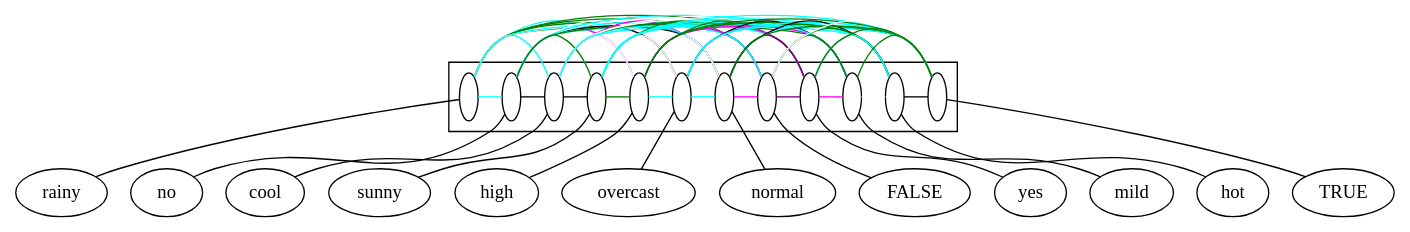
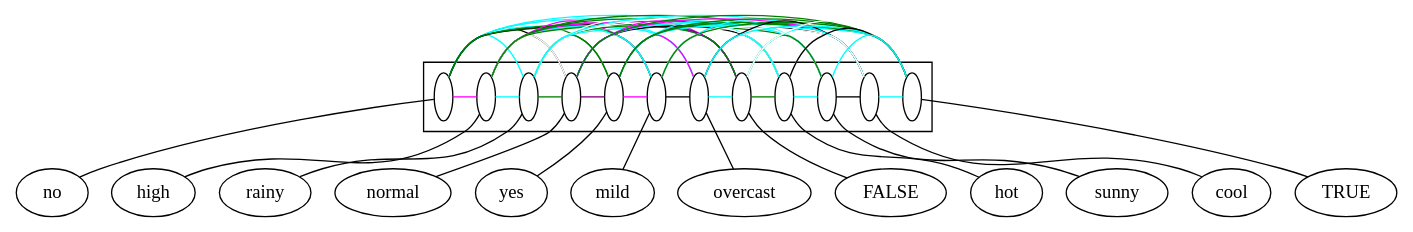
The diagram in src/final/linear2structure.dot (lrodrin/TFG), drawn with Graphviz before and after one commit. The commit also changed 12 other files, not shown here.

```diff
--- a/src/final/linear2structure.dot
+++ b/src/final/linear2structure.dot
@@ -1,112 +1,112 @@
 digraph G {
 compound=True;
+no;
+high;
 rainy;
-no;
-cool;
-sunny;
-high;
-overcast;
 normal;
-FALSE;
 yes;
 mild;
+overcast;
+FALSE;
 hot;
+sunny;
+cool;
 TRUE;
-subgraph cluster_yesmildrainyhotnormalovercastFALSEcoolhighsunnynoTRUE {
-s_rainy [label=" ", width=0.2, fixedsize=True, fillcolor=white];
-s_no [label=" ", width=0.2, fixedsize=True, fillcolor=white];
-s_cool [label=" ", width=0.2, fixedsize=True, fillcolor=white];
-s_sunny [label=" ", width=0.2, fixedsize=True, fillcolor=white];
-s_high [label=" ", width=0.2, fixedsize=True, fillcolor=white];
-s_overcast [label=" ", width=0.2, fixedsize=True, fillcolor=white];
-s_normal [label=" ", width=0.2, fixedsize=True, fillcolor=white];
-s_FALSE [label=" ", width=0.2, fixedsize=True, fillcolor=white];
-s_yes [label=" ", width=0.2, fixedsize=True, fillcolor=white];
-s_mild [label=" ", width=0.2, fixedsize=True, fillcolor=white];
-s_hot [label=" ", width=0.2, fixedsize=True, fillcolor=white];
-s_TRUE [label=" ", width=0.2, fixedsize=True, fillcolor=white];
+subgraph cluster_rainysunnyyeshothighovercastmildFALSEnormalcoolnoTRUE {
+s_no [width=0.2, fixedsize=True, label=" ", fillcolor=white];
+s_high [width=0.2, fixedsize=True, label=" ", fillcolor=white];
+s_rainy [width=0.2, fixedsize=True, label=" ", fillcolor=white];
+s_normal [width=0.2, fixedsize=True, label=" ", fillcolor=white];
+s_yes [width=0.2, fixedsize=True, label=" ", fillcolor=white];
+s_mild [width=0.2, fixedsize=True, label=" ", fillcolor=white];
+s_overcast [width=0.2, fixedsize=True, label=" ", fillcolor=white];
+s_FALSE [width=0.2, fixedsize=True, label=" ", fillcolor=white];
+s_hot [width=0.2, fixedsize=True, label=" ", fillcolor=white];
+s_sunny [width=0.2, fixedsize=True, label=" ", fillcolor=white];
+s_cool [width=0.2, fixedsize=True, label=" ", fillcolor=white];
+s_TRUE [width=0.2, fixedsize=True, label=" ", fillcolor=white];
 subgraph  {
 rank=same;
-s_rainy -> s_no  [arrowhead=none, color=cyan];
-s_rainy -> s_cool  [arrowhead=none, color=cyan];
-s_rainy -> s_sunny  [arrowhead=none, color=white];
-s_rainy -> s_high  [arrowhead=none, color=cyan];
-s_rainy -> s_overcast  [arrowhead=none, color=white];
-s_rainy -> s_normal  [arrowhead=none, color=green];
-s_rainy -> s_FALSE  [arrowhead=none, color=green];
-s_rainy -> s_yes  [arrowhead=none, color=green];
-s_rainy -> s_mild  [arrowhead=none, color=green];
-s_rainy -> s_hot  [arrowhead=none, color=white];
-s_rainy -> s_TRUE  [arrowhead=none, color=cyan];
-s_no -> s_cool  [arrowhead=none, color=black];
-s_no -> s_sunny  [arrowhead=none, color=green];
-s_no -> s_high  [arrowhead=none, color=magenta];
-s_no -> s_overcast  [arrowhead=none, color=white];
-s_no -> s_normal  [arrowhead=none, color=black];
-s_no -> s_FALSE  [arrowhead=none, color=cyan];
-s_no -> s_yes  [arrowhead=none, color=white];
-s_no -> s_mild  [arrowhead=none, color=cyan];
-s_no -> s_hot  [arrowhead=none, color=cyan];
-s_no -> s_TRUE  [arrowhead=none, color=green];
-s_cool -> s_sunny  [arrowhead=none, color=black];
-s_cool -> s_high  [arrowhead=none, color=white];
-s_cool -> s_overcast  [arrowhead=none, color=black];
-s_cool -> s_normal  [arrowhead=none, color=magenta];
-s_cool -> s_FALSE  [arrowhead=none, color=cyan];
-s_cool -> s_yes  [arrowhead=none, color=green];
-s_cool -> s_mild  [arrowhead=none, color=white];
-s_cool -> s_hot  [arrowhead=none, color=white];
-s_cool -> s_TRUE  [arrowhead=none, color=cyan];
-s_sunny -> s_high  [arrowhead=none, color=green];
-s_sunny -> s_overcast  [arrowhead=none, color=white];
-s_sunny -> s_normal  [arrowhead=none, color=cyan];
-s_sunny -> s_FALSE  [arrowhead=none, color=green];
-s_sunny -> s_yes  [arrowhead=none, color=cyan];
-s_sunny -> s_mild  [arrowhead=none, color=cyan];
-s_sunny -> s_hot  [arrowhead=none, color=cyan];
-s_sunny -> s_TRUE  [arrowhead=none, color=cyan];
-s_high -> s_overcast  [arrowhead=none, color=cyan];
-s_high -> s_normal  [arrowhead=none, color=white];
-s_high -> s_FALSE  [arrowhead=none, color=magenta];
-s_high -> s_yes  [arrowhead=none, color=green];
-s_high -> s_mild  [arrowhead=none, color=magenta];
-s_high -> s_hot  [arrowhead=none, color=green];
-s_high -> s_TRUE  [arrowhead=none, color=green];
-s_overcast -> s_normal  [arrowhead=none, color=cyan];
-s_overcast -> s_FALSE  [arrowhead=none, color=cyan];
-s_overcast -> s_yes  [arrowhead=none, color=magenta];
-s_overcast -> s_mild  [arrowhead=none, color=black];
-s_overcast -> s_hot  [arrowhead=none, color=cyan];
-s_overcast -> s_TRUE  [arrowhead=none, color=cyan];
-s_normal -> s_FALSE  [arrowhead=none, color=magenta];
-s_normal -> s_yes  [arrowhead=none, color=purple];
-s_normal -> s_mild  [arrowhead=none, color=cyan];
-s_normal -> s_hot  [arrowhead=none, color=black];
-s_normal -> s_TRUE  [arrowhead=none, color=green];
-s_FALSE -> s_yes  [arrowhead=none, color=purple];
-s_FALSE -> s_mild  [arrowhead=none, color=green];
-s_FALSE -> s_hot  [arrowhead=none, color=green];
-s_FALSE -> s_TRUE  [arrowhead=none, color=white];
-s_yes -> s_mild  [arrowhead=none, color=magenta];
-s_yes -> s_hot  [arrowhead=none, color=cyan];
-s_yes -> s_TRUE  [arrowhead=none, color=green];
-s_mild -> s_hot  [arrowhead=none, color=white];
-s_mild -> s_TRUE  [arrowhead=none, color=green];
-s_hot -> s_TRUE  [arrowhead=none, color=black];
+s_no -> s_high  [color=magenta, arrowhead=none];
+s_no -> s_rainy  [color=cyan, arrowhead=none];
+s_no -> s_normal  [color=black, arrowhead=none];
+s_no -> s_yes  [color=white, arrowhead=none];
+s_no -> s_mild  [color=cyan, arrowhead=none];
+s_no -> s_overcast  [color=white, arrowhead=none];
+s_no -> s_FALSE  [color=cyan, arrowhead=none];
+s_no -> s_hot  [color=cyan, arrowhead=none];
+s_no -> s_sunny  [color=green, arrowhead=none];
+s_no -> s_cool  [color=black, arrowhead=none];
+s_no -> s_TRUE  [color=green, arrowhead=none];
+s_high -> s_rainy  [color=cyan, arrowhead=none];
+s_high -> s_normal  [color=white, arrowhead=none];
+s_high -> s_yes  [color=green, arrowhead=none];
+s_high -> s_mild  [color=magenta, arrowhead=none];
+s_high -> s_overcast  [color=cyan, arrowhead=none];
+s_high -> s_FALSE  [color=magenta, arrowhead=none];
+s_high -> s_hot  [color=green, arrowhead=none];
+s_high -> s_sunny  [color=green, arrowhead=none];
+s_high -> s_cool  [color=white, arrowhead=none];
+s_high -> s_TRUE  [color=green, arrowhead=none];
+s_rainy -> s_normal  [color=green, arrowhead=none];
+s_rainy -> s_yes  [color=green, arrowhead=none];
+s_rainy -> s_mild  [color=green, arrowhead=none];
+s_rainy -> s_overcast  [color=white, arrowhead=none];
+s_rainy -> s_FALSE  [color=green, arrowhead=none];
+s_rainy -> s_hot  [color=white, arrowhead=none];
+s_rainy -> s_sunny  [color=white, arrowhead=none];
+s_rainy -> s_cool  [color=cyan, arrowhead=none];
+s_rainy -> s_TRUE  [color=cyan, arrowhead=none];
+s_normal -> s_yes  [color=purple, arrowhead=none];
+s_normal -> s_mild  [color=cyan, arrowhead=none];
+s_normal -> s_overcast  [color=cyan, arrowhead=none];
+s_normal -> s_FALSE  [color=magenta, arrowhead=none];
+s_normal -> s_hot  [color=black, arrowhead=none];
+s_normal -> s_sunny  [color=cyan, arrowhead=none];
+s_normal -> s_cool  [color=magenta, arrowhead=none];
+s_normal -> s_TRUE  [color=green, arrowhead=none];
+s_yes -> s_mild  [color=magenta, arrowhead=none];
+s_yes -> s_overcast  [color=magenta, arrowhead=none];
+s_yes -> s_FALSE  [color=purple, arrowhead=none];
+s_yes -> s_hot  [color=cyan, arrowhead=none];
+s_yes -> s_sunny  [color=cyan, arrowhead=none];
+s_yes -> s_cool  [color=green, arrowhead=none];
+s_yes -> s_TRUE  [color=green, arrowhead=none];
+s_mild -> s_overcast  [color=black, arrowhead=none];
+s_mild -> s_FALSE  [color=green, arrowhead=none];
+s_mild -> s_hot  [color=white, arrowhead=none];
+s_mild -> s_sunny  [color=cyan, arrowhead=none];
+s_mild -> s_cool  [color=white, arrowhead=none];
+s_mild -> s_TRUE  [color=green, arrowhead=none];
+s_overcast -> s_FALSE  [color=cyan, arrowhead=none];
+s_overcast -> s_hot  [color=cyan, arrowhead=none];
+s_overcast -> s_sunny  [color=white, arrowhead=none];
+s_overcast -> s_cool  [color=black, arrowhead=none];
+s_overcast -> s_TRUE  [color=cyan, arrowhead=none];
+s_FALSE -> s_hot  [color=green, arrowhead=none];
+s_FALSE -> s_sunny  [color=green, arrowhead=none];
+s_FALSE -> s_cool  [color=cyan, arrowhead=none];
+s_FALSE -> s_TRUE  [color=white, arrowhead=none];
+s_hot -> s_sunny  [color=cyan, arrowhead=none];
+s_hot -> s_cool  [color=white, arrowhead=none];
+s_hot -> s_TRUE  [color=black, arrowhead=none];
+s_sunny -> s_cool  [color=black, arrowhead=none];
+s_sunny -> s_TRUE  [color=cyan, arrowhead=none];
+s_cool -> s_TRUE  [color=cyan, arrowhead=none];
 }
 
 }
 
+s_no -> no  [arrowhead=none];
+s_high -> high  [arrowhead=none];
 s_rainy -> rainy  [arrowhead=none];
-s_no -> no  [arrowhead=none];
-s_cool -> cool  [arrowhead=none];
-s_sunny -> sunny  [arrowhead=none];
-s_high -> high  [arrowhead=none];
-s_overcast -> overcast  [arrowhead=none];
 s_normal -> normal  [arrowhead=none];
-s_FALSE -> FALSE  [arrowhead=none];
 s_yes -> yes  [arrowhead=none];
 s_mild -> mild  [arrowhead=none];
+s_overcast -> overcast  [arrowhead=none];
+s_FALSE -> FALSE  [arrowhead=none];
 s_hot -> hot  [arrowhead=none];
+s_sunny -> sunny  [arrowhead=none];
+s_cool -> cool  [arrowhead=none];
 s_TRUE -> TRUE  [arrowhead=none];
 }
```
